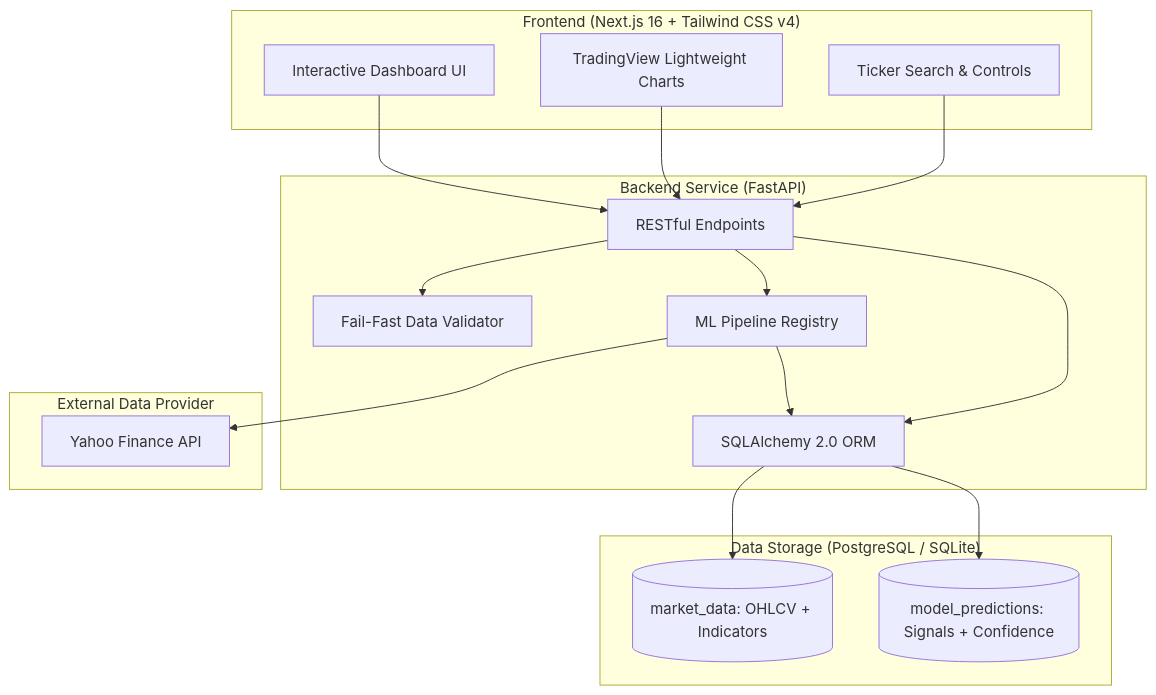
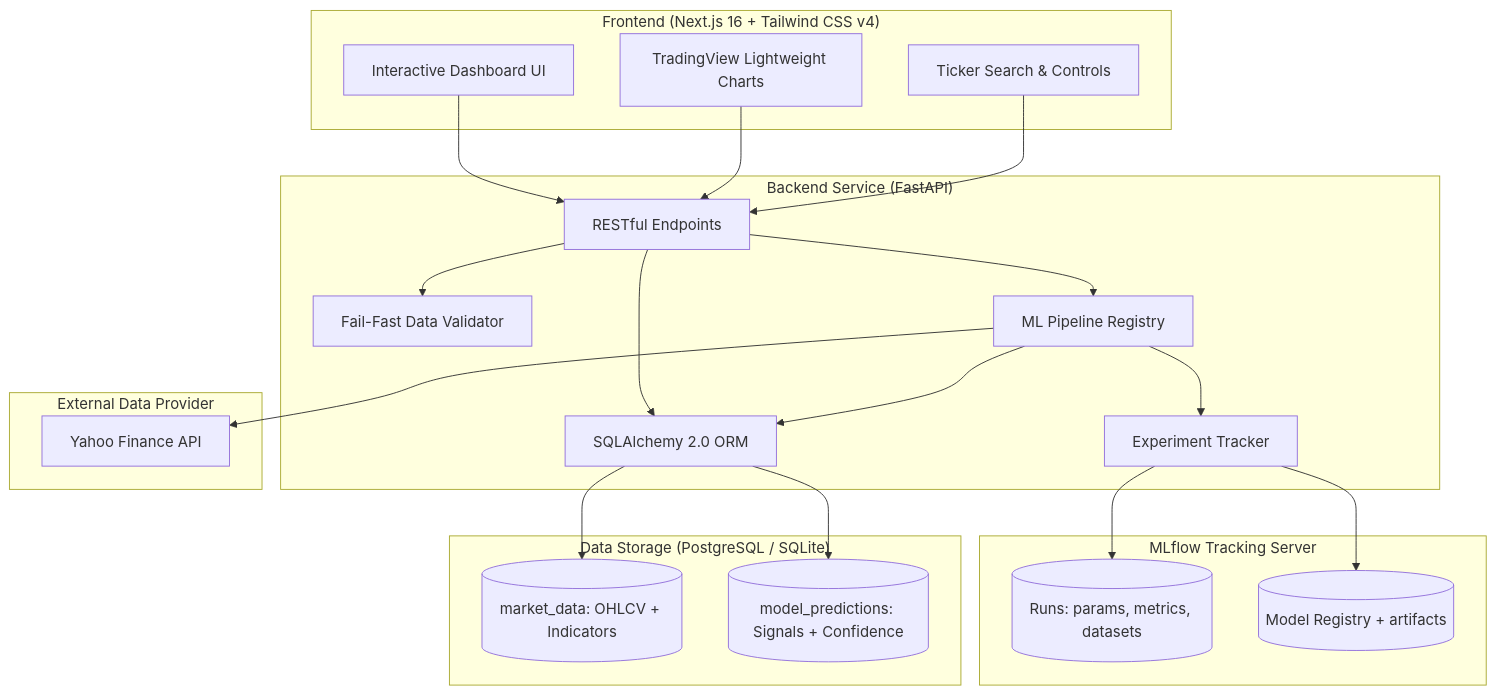
The diagram in README.md (Ayan13sp/Algorithmic_Market_Analyzer), drawn with Mermaid before and after one commit. The commit also changed other lines of this file and 15 other files, not shown here.

First line of the commit message:
feat: MLflow experiment tracking — model registry & feature-ablation study

````diff
--- a/README.md
+++ b/README.md
@@ -30,35 +31,44 @@
 ```mermaid
 graph TB
     subgraph Client ["Frontend (Next.js 16 + Tailwind CSS v4)"]
         UI[Interactive Dashboard UI]
         TC[TradingView Lightweight Charts]
         TS[Ticker Search & Controls]
     end
 
     subgraph Service ["Backend Service (FastAPI)"]
         API[RESTful Endpoints]
         VAL[Fail-Fast Data Validator]
         ML[ML Pipeline Registry]
         SA[SQLAlchemy 2.0 ORM]
+        TR[Experiment Tracker]
+    end
+
+    subgraph MLOps ["MLflow Tracking Server"]
+        RUNS[(Runs: params, metrics, datasets)]
+        REG[(Model Registry + artifacts)]
     end
 
     subgraph DataLayer ["Data Storage (PostgreSQL / SQLite)"]
         MD[(market_data: OHLCV + Indicators)]
         MP[(model_predictions: Signals + Confidence)]
     end
 
     subgraph External ["External Data Provider"]
         YF[Yahoo Finance API]
     end
 
     UI --> API
     TC --> API
     TS --> API
     API --> VAL
     API --> ML
     API --> SA
     ML --> YF
     ML --> SA
+    ML --> TR
+    TR --> RUNS
+    TR --> REG
     SA --> MD
     SA --> MP
 ```
````
